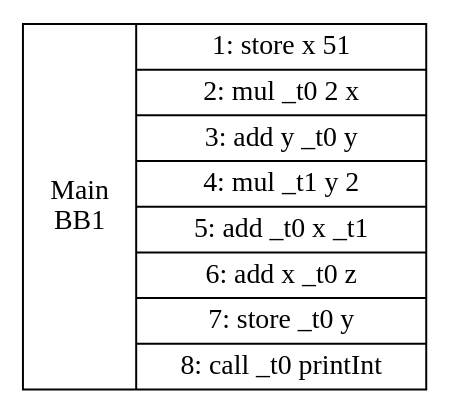
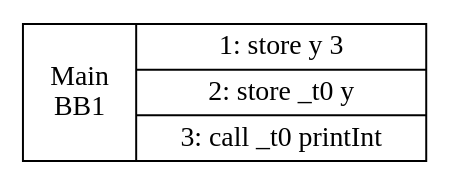
The diagram in graphs/cfg.dot (CoralRocker/CSCE434-Charlotte-Gaultier), drawn with Graphviz before and after one commit. The commit also changed 5 other files, not shown here.

```diff
--- a/graphs/cfg.dot
+++ b/graphs/cfg.dot
@@ -1,12 +1,7 @@
 digraph G {
 bb1 [shape=record, label="<B> Main \n BB1 | {<entry>
-	1: store x 51 
-|	2: mul _t0 2 x 
-|	3: add y _t0 y 
-|	4: mul _t1 y 2 
-|	5: add _t0 x _t1 
-|	6: add x _t0 z 
-|	7: store _t0 y 
-|<exit>	8: call _t0 printInt 
+	1: store y 3 
+|	2: store _t0 y 
+|<exit>	3: call _t0 printInt 
 }"];
 }
```
